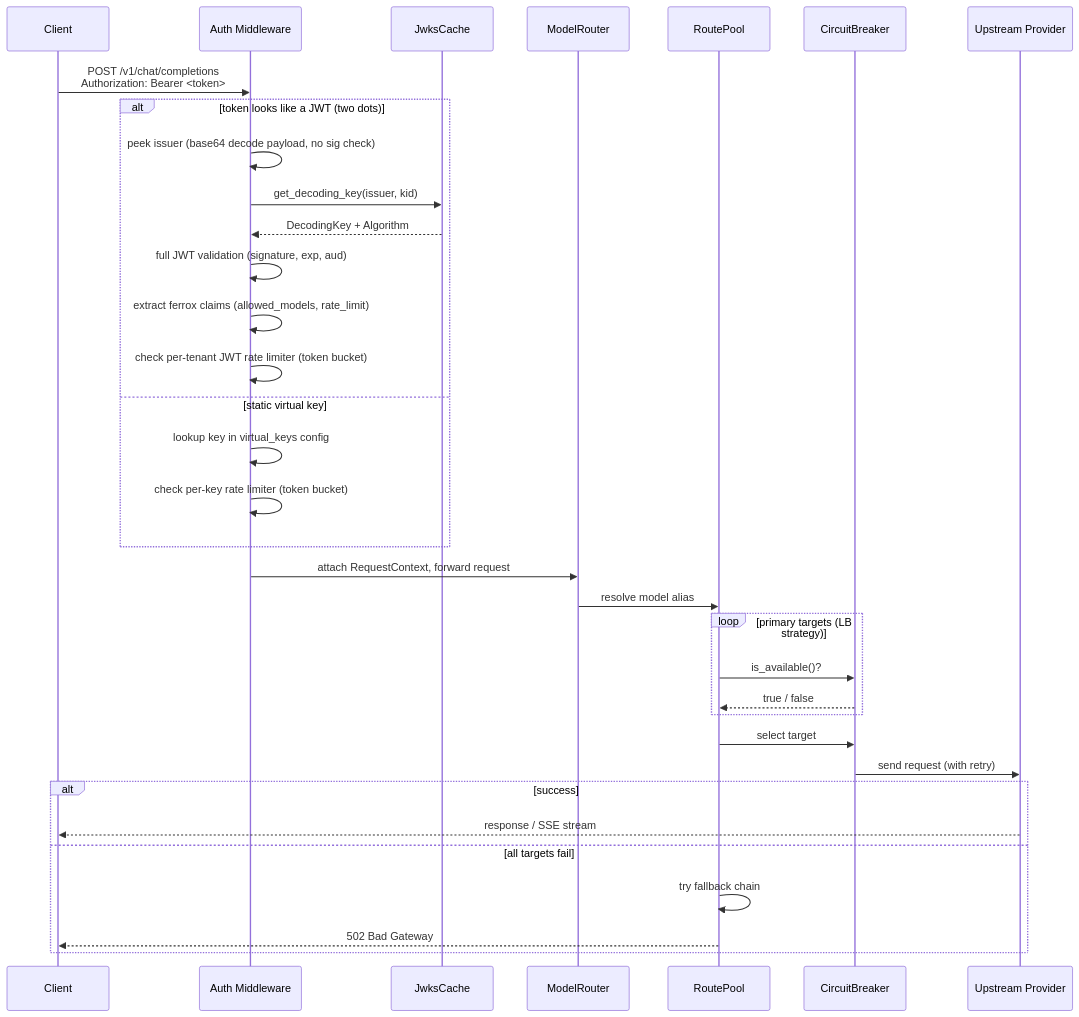
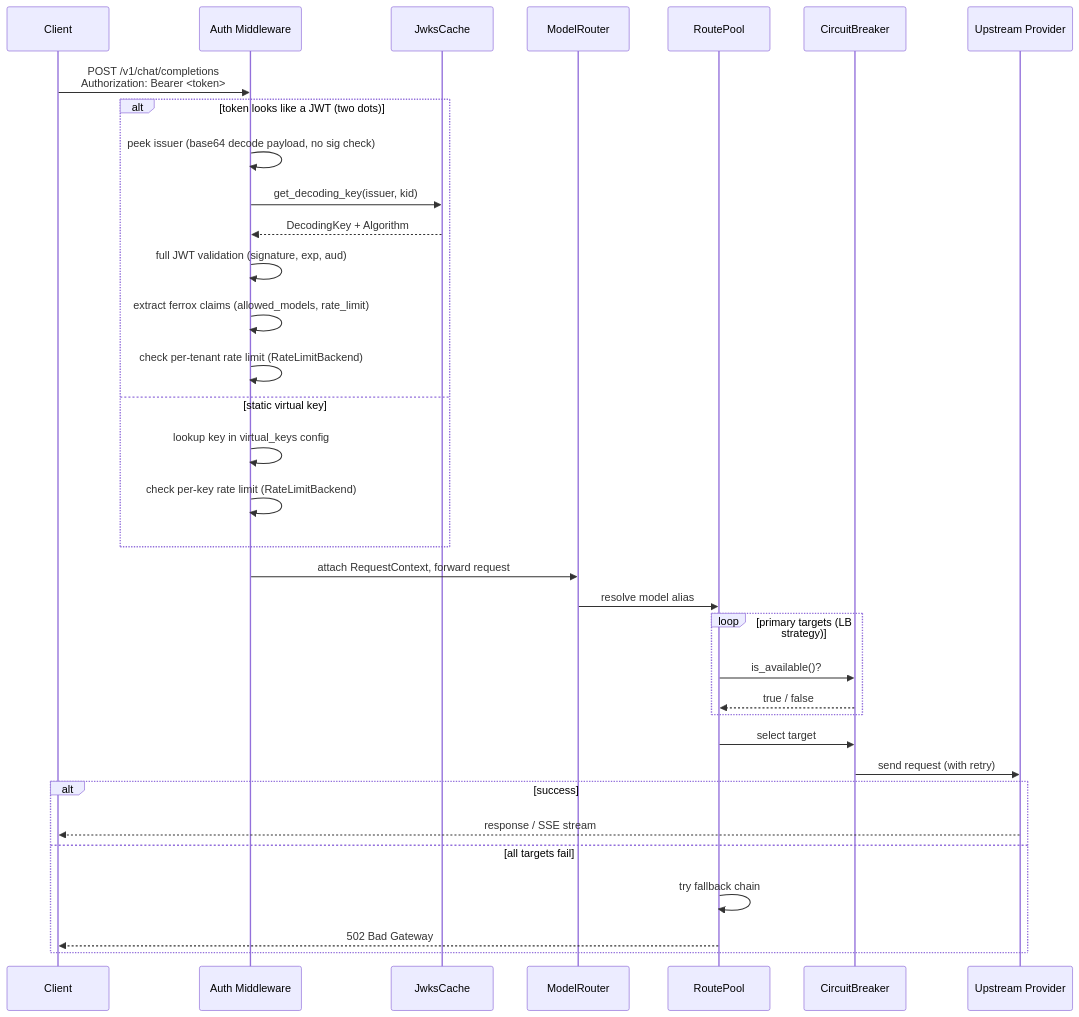
Before and after one commit to shaharia-lab/ferrox: the second of 5 diagrams in docs/developer/architecture.md, drawn with Mermaid. The commit also changed other lines of this file and 3 other files, not shown here.

````diff
--- a/docs/developer/architecture.md
+++ b/docs/developer/architecture.md
@@ -83,43 +86,43 @@
 ```mermaid
 sequenceDiagram
     participant C as Client
     participant A as Auth Middleware
     participant JWKS as JwksCache
     participant R as ModelRouter
     participant P as RoutePool
     participant CB as CircuitBreaker
     participant Up as Upstream Provider
 
     C->>A: POST /v1/chat/completions<br/>Authorization: Bearer <token>
 
     alt token looks like a JWT (two dots)
         A->>A: peek issuer (base64 decode payload, no sig check)
         A->>JWKS: get_decoding_key(issuer, kid)
         JWKS-->>A: DecodingKey + Algorithm
         A->>A: full JWT validation (signature, exp, aud)
         A->>A: extract ferrox claims (allowed_models, rate_limit)
-        A->>A: check per-tenant JWT rate limiter (token bucket)
+        A->>A: check per-tenant rate limit (RateLimitBackend)
     else static virtual key
         A->>A: lookup key in virtual_keys config
-        A->>A: check per-key rate limiter (token bucket)
+        A->>A: check per-key rate limit (RateLimitBackend)
     end
 
     A->>R: attach RequestContext, forward request
 
     R->>P: resolve model alias
 
     loop primary targets (LB strategy)
         P->>CB: is_available()?
         CB-->>P: true / false
     end
 
     P->>CB: select target
     CB->>Up: send request (with retry)
 
     alt success
         Up-->>C: response / SSE stream
     else all targets fail
         P->>P: try fallback chain
         P-->>C: 502 Bad Gateway
     end
 ```
````
